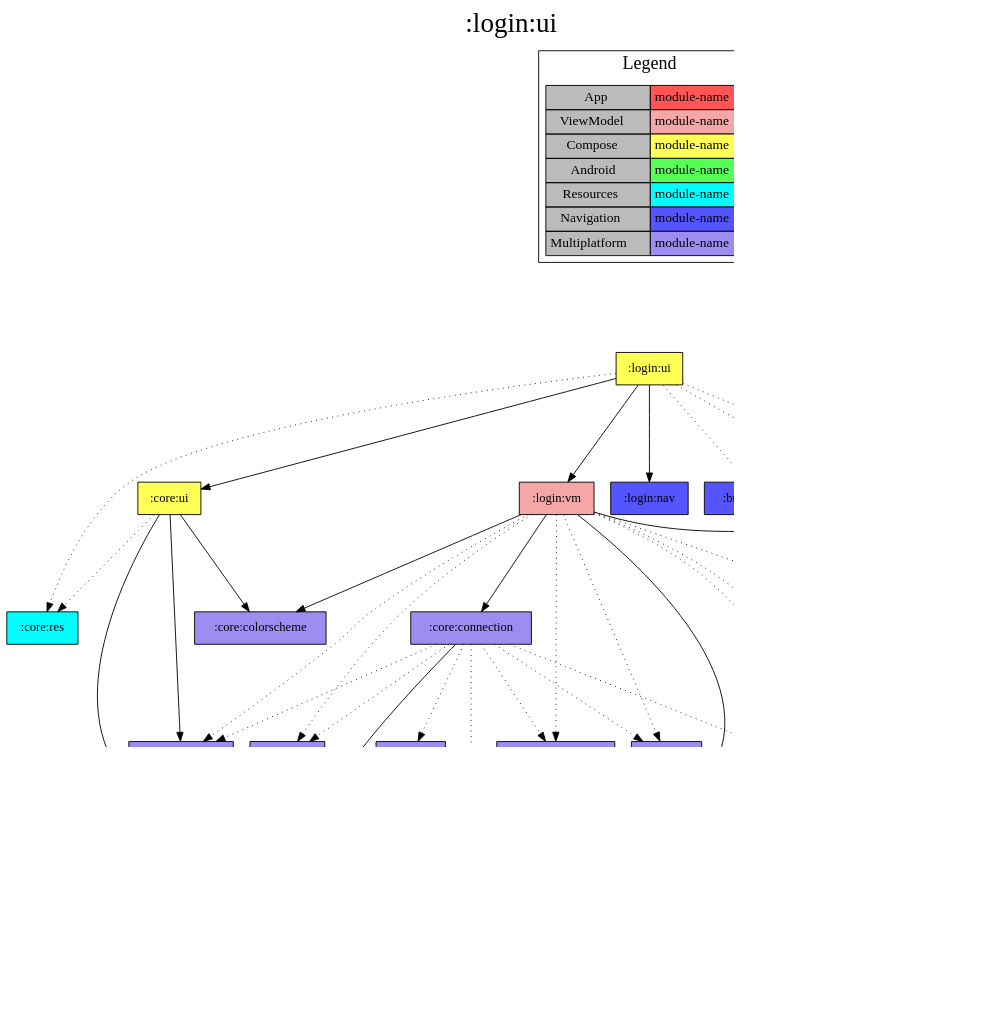
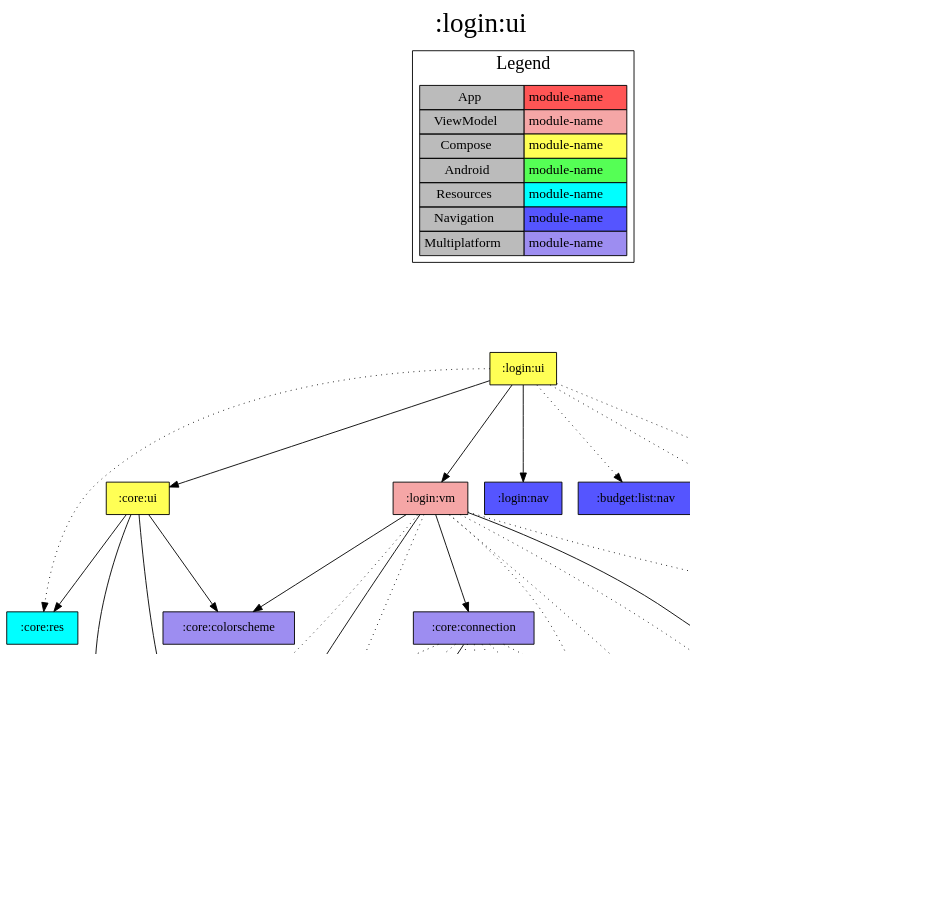
Before and after one commit to jonapoul/aktual: the diagram in modules/login/ui/project-dependency-graph.dot, drawn with Graphviz. The commit also changed 133 other files, not shown here.

```diff
--- a/modules/login/ui/project-dependency-graph.dot
+++ b/modules/login/ui/project-dependency-graph.dot
@@ -1,81 +1,80 @@
 digraph {
 edge ["dir"="forward"]
 graph ["dpi"="100","label"=":login:ui","labelloc"="t","fontsize"="30","ranksep"="1.5","rankdir"="TB"]
 node ["style"="filled"]
 ":login:ui" ["fillcolor"="#FFFF55","shape"="box"]
 ":core:ui" ["fillcolor"="#FFFF55","shape"="box"]
 ":core:colorscheme" ["fillcolor"="#9D8DF1","shape"="box"]
+":core:res" ["fillcolor"="#00FFFF","shape"="box"]
 ":core:versions" ["fillcolor"="#9D8DF1","shape"="box"]
 ":core:buildconfig" ["fillcolor"="#9D8DF1","shape"="box"]
 ":url:model" ["fillcolor"="#9D8DF1","shape"="box"]
-":core:res" ["fillcolor"="#00FFFF","shape"="box"]
 ":login:nav" ["fillcolor"="#5555FF","shape"="box"]
 ":login:vm" ["fillcolor"="#F5A6A6","shape"="box"]
 ":core:connection" ["fillcolor"="#9D8DF1","shape"="box"]
-":api:client" ["fillcolor"="#9D8DF1","shape"="box"]
-":api:model" ["fillcolor"="#9D8DF1","shape"="box"]
+":api:actual" ["fillcolor"="#9D8DF1","shape"="box"]
 ":login:model" ["fillcolor"="#9D8DF1","shape"="box"]
-":api:json" ["fillcolor"="#9D8DF1","shape"="box"]
+":api:core" ["fillcolor"="#9D8DF1","shape"="box"]
+":core:log" ["fillcolor"="#9D8DF1","shape"="box"]
 ":core:coroutines" ["fillcolor"="#9D8DF1","shape"="box"]
-":core:log" ["fillcolor"="#9D8DF1","shape"="box"]
 ":url:prefs" ["fillcolor"="#9D8DF1","shape"="box"]
 ":login:prefs" ["fillcolor"="#9D8DF1","shape"="box"]
 ":budget:list:nav" ["fillcolor"="#5555FF","shape"="box"]
 ":login:res" ["fillcolor"="#00FFFF","shape"="box"]
 ":url:nav" ["fillcolor"="#5555FF","shape"="box"]
 {
 edge ["dir"="none"]
 graph ["rank"="same"]
 }
 ":login:ui" -> ":core:ui"
 ":login:ui" -> ":login:nav"
 ":login:ui" -> ":login:vm"
 ":login:ui" -> ":budget:list:nav" ["style"="dotted"]
 ":login:ui" -> ":core:res" ["style"="dotted"]
 ":login:ui" -> ":login:res" ["style"="dotted"]
 ":login:ui" -> ":url:nav" ["style"="dotted"]
 ":core:ui" -> ":core:colorscheme"
+":core:ui" -> ":core:res"
 ":core:ui" -> ":core:versions"
 ":core:ui" -> ":url:model"
-":core:ui" -> ":core:res" ["style"="dotted"]
 ":core:versions" -> ":core:buildconfig"
 ":login:vm" -> ":core:colorscheme"
 ":login:vm" -> ":core:connection"
 ":login:vm" -> ":login:model"
 ":login:vm" -> ":url:model"
-":login:vm" -> ":api:client" ["style"="dotted"]
-":login:vm" -> ":api:model" ["style"="dotted"]
+":login:vm" -> ":api:actual" ["style"="dotted"]
 ":login:vm" -> ":core:coroutines" ["style"="dotted"]
 ":login:vm" -> ":core:log" ["style"="dotted"]
 ":login:vm" -> ":core:versions" ["style"="dotted"]
 ":login:vm" -> ":login:prefs" ["style"="dotted"]
 ":login:vm" -> ":url:prefs" ["style"="dotted"]
 ":core:connection" -> ":core:buildconfig"
-":core:connection" -> ":api:client" ["style"="dotted"]
-":core:connection" -> ":api:json" ["style"="dotted"]
+":core:connection" -> ":api:actual" ["style"="dotted"]
+":core:connection" -> ":api:core" ["style"="dotted"]
 ":core:connection" -> ":core:coroutines" ["style"="dotted"]
 ":core:connection" -> ":core:log" ["style"="dotted"]
 ":core:connection" -> ":core:versions" ["style"="dotted"]
 ":core:connection" -> ":url:model" ["style"="dotted"]
 ":core:connection" -> ":url:prefs" ["style"="dotted"]
-":api:client" -> ":api:model"
-":api:client" -> ":url:model"
-":api:model" -> ":login:model"
+":api:actual" -> ":login:model"
+":api:actual" -> ":url:model"
+":api:core" -> ":core:log"
+":api:core" -> ":url:model"
 ":url:prefs" -> ":url:model"
 ":login:prefs" -> ":login:model"
 subgraph "cluster_legend" {
 edge ["dir"="none"]
 graph ["label"="Legend","fontsize"="20"]
 "Legend" ["style"="filled","fillcolor"="#bbbbbb","shape"="none","margin"="0","fontsize"="15","label"=<
 <TABLE BORDER="0" CELLBORDER="1" CELLSPACING="0" CELLPADDING="4">
 <TR><TD>App</TD><TD BGCOLOR="#FF5555">module-name</TD></TR>
 <TR><TD>ViewModel</TD><TD BGCOLOR="#F5A6A6">module-name</TD></TR>
 <TR><TD>Compose</TD><TD BGCOLOR="#FFFF55">module-name</TD></TR>
 <TR><TD>Android</TD><TD BGCOLOR="#55FF55">module-name</TD></TR>
 <TR><TD>Resources</TD><TD BGCOLOR="#00FFFF">module-name</TD></TR>
 <TR><TD>Navigation</TD><TD BGCOLOR="#5555FF">module-name</TD></TR>
 <TR><TD>Multiplatform</TD><TD BGCOLOR="#9D8DF1">module-name</TD></TR>
 </TABLE>
 >]
 } -> ":login:ui" ["style"="invis"]
 }
```
